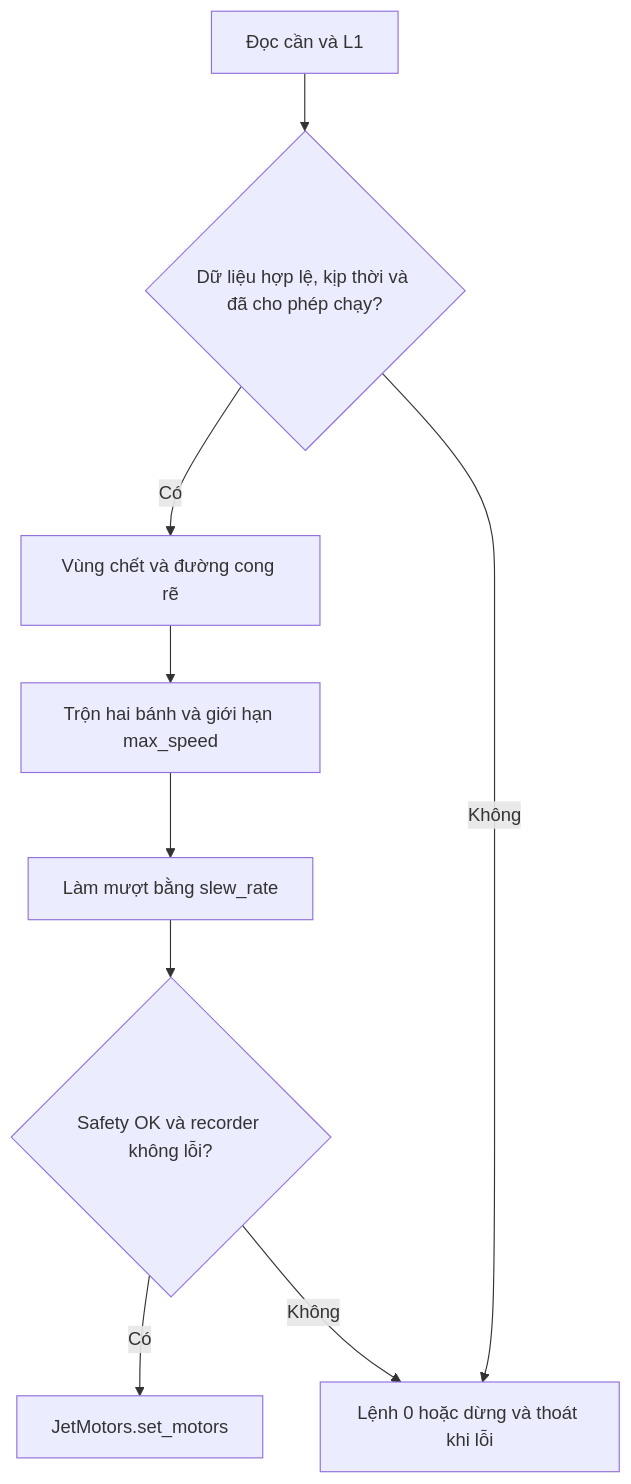
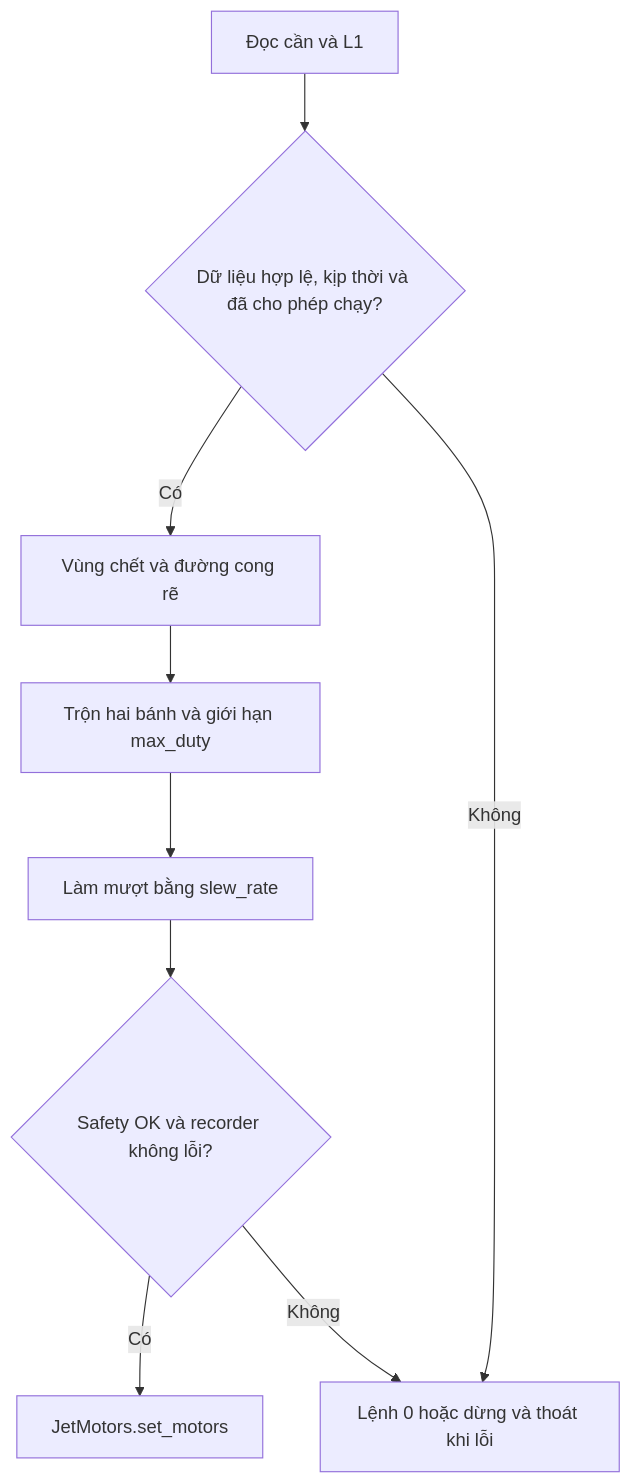
Before and after one commit to ToiLaKiet/the-patrol-jetbot: the diagram in robot/src/teleop/README.md, drawn with Mermaid. The commit also changed other lines of this file and 36 other files, not shown here.

````diff
--- a/robot/src/teleop/README.md
+++ b/robot/src/teleop/README.md
@@ -24,11 +10,11 @@
 ```mermaid
 flowchart TD
     Input["Đọc cần và L1"] --> Valid{"Dữ liệu hợp lệ, kịp thời và đã cho phép chạy?"}
     Valid -->|Có| Shape["Vùng chết và đường cong rẽ"]
-    Shape --> Mix["Trộn hai bánh và giới hạn max_speed"]
+    Shape --> Mix["Trộn hai bánh và giới hạn max_duty"]
     Mix --> Slew["Làm mượt bằng slew_rate"]
     Slew --> Check{"Safety OK và recorder không lỗi?"}
     Check -->|Có| Drive["JetMotors.set_motors"]
     Valid -->|Không| Stop["Lệnh 0 hoặc dừng và thoát khi lỗi"]
     Check -->|Không| Stop
 ```
````
